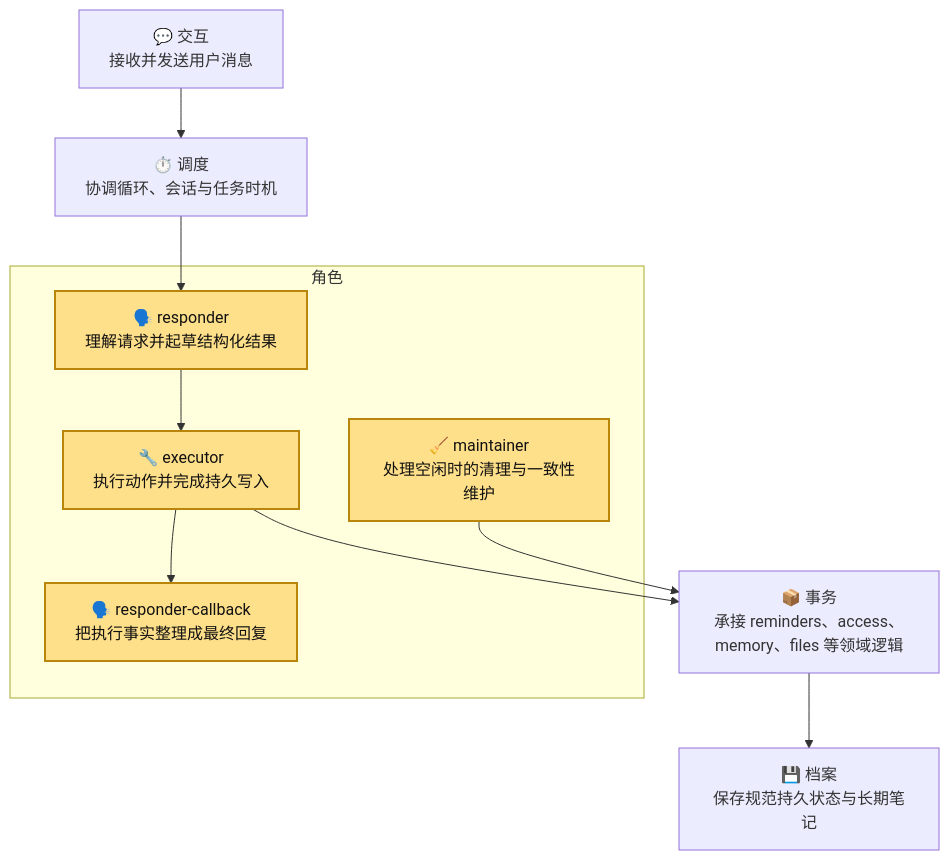
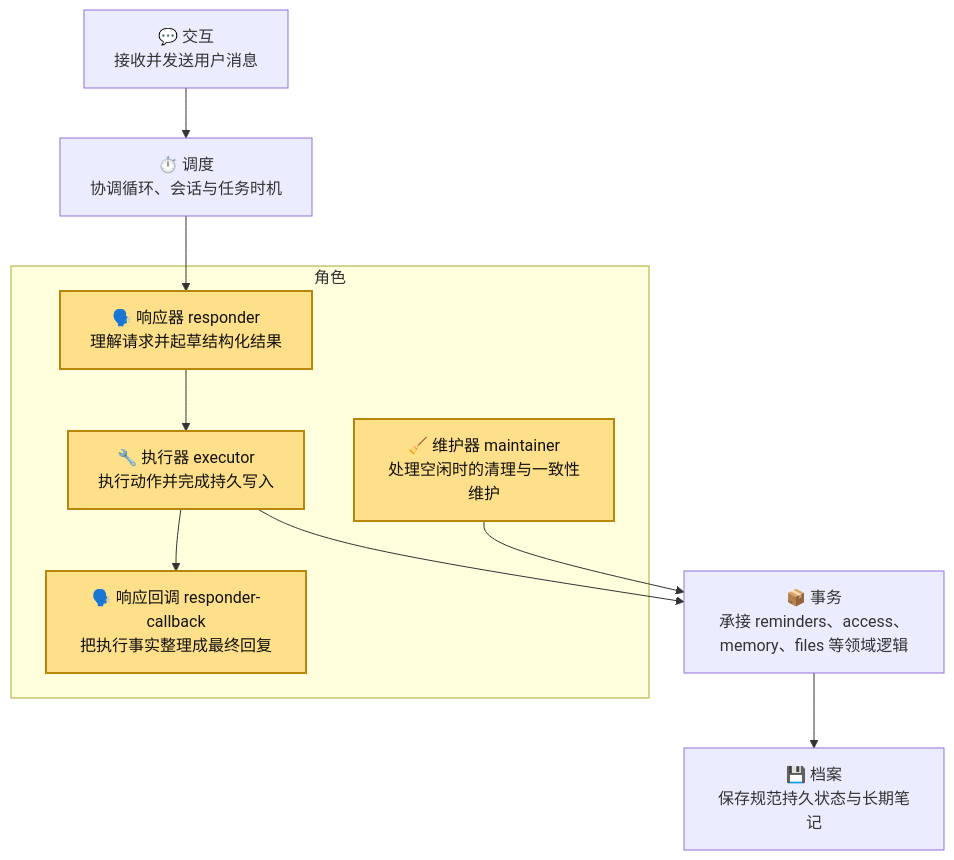
One commit to fyang93/fill-free changed the diagram in README.zh-CN.md. Above: the diagram before and after it, drawn with Mermaid.

Commit message:
Translate role labels in Chinese README

````diff
--- a/README.zh-CN.md
+++ b/README.zh-CN.md
@@ -21,22 +21,22 @@
 ```mermaid
 flowchart TD
   I[💬 交互\n接收并发送用户消息]
   S[⏱️ 调度\n协调循环、会话与任务时机]
 
   subgraph R[角色]
-    RS[🗣️ responder\n理解请求并起草结构化结果]
-    RC[🗣️ responder-callback\n把执行事实整理成最终回复]
-    RX[🔧 executor\n执行动作并完成持久写入]
-    RM[🧹 maintainer\n处理空闲时的清理与一致性维护]
+    RS[🗣️ 响应器 responder\n理解请求并起草结构化结果]
+    RC[🗣️ 响应回调 responder-callback\n把执行事实整理成最终回复]
+    RX[🔧 执行器 executor\n执行动作并完成持久写入]
+    RM[🧹 维护器 maintainer\n处理空闲时的清理与一致性维护]
   end
 
   O[📦 事务\n承接 reminders、access、memory、files 等领域逻辑]
   D[💾 档案\n保存规范持久状态与长期笔记]
 
   I --> S --> RS --> RX --> O --> D
   RX --> RC
   RM --> O
 
   classDef role fill:#ffe08a,stroke:#b8860b,stroke-width:2px,color:#111;
   class RS,RX,RC,RM role;
 ```
````
